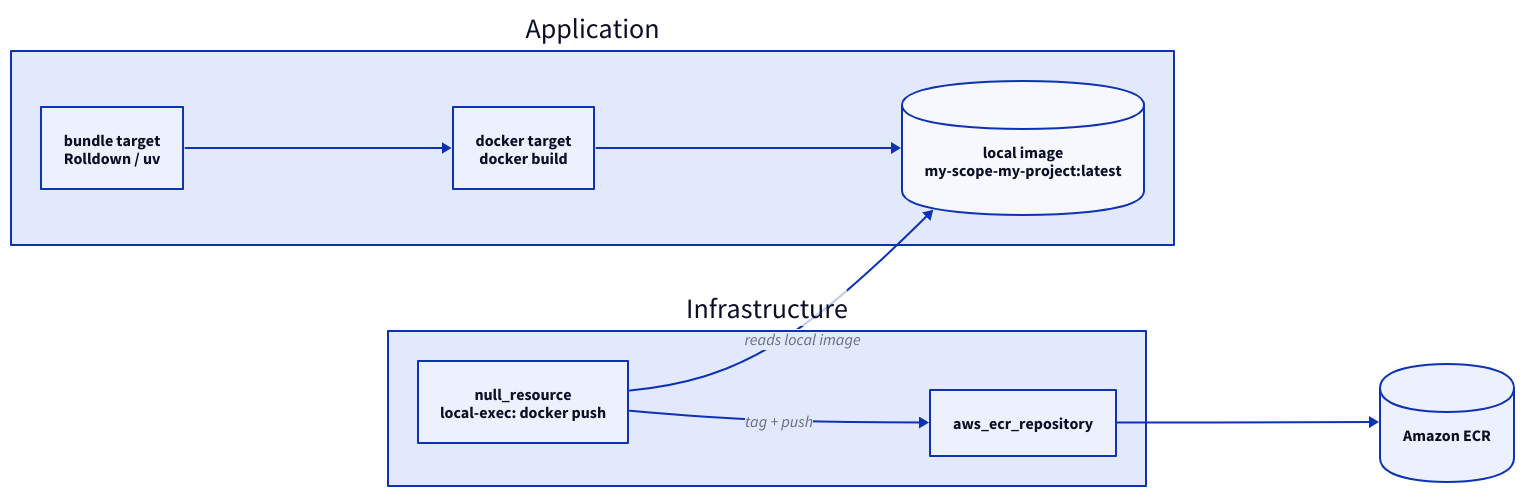
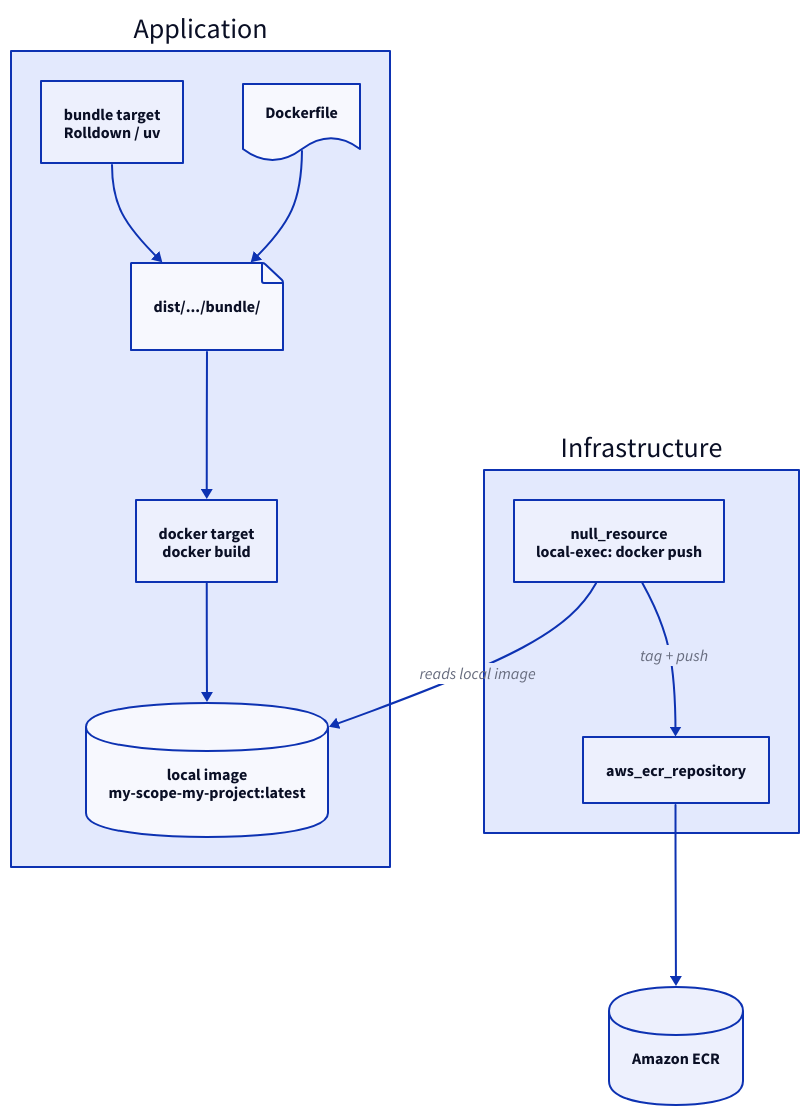
Before and after one commit to awslabs/nx-plugin-for-aws: the third of 3 diagrams in docs/src/content/docs/en/guides/docker-bundling.mdx, drawn with D2. The commit also changed other lines of this file, not shown here.

Commit message:
docs(docker-bundling): show Dockerfile + bundle feeding the dist context in both diagrams
- CDK diagram: add Dockerfile and bundle target both pointing at the
  dist build-context directory so the Application box matches "The
  Pattern".
- Terraform diagram: same Dockerfile + bundle -> dist row, followed by
  a docker build -> local image row, with the null_resource +
  aws_ecr_repository on a third row inside Infrastructure. Uses
  direction: down outside the containers so the three rows stack.

````diff
--- a/docs/src/content/docs/en/guides/docker-bundling.mdx
+++ b/docs/src/content/docs/en/guides/docker-bundling.mdx
@@ -316,25 +320,35 @@
 ```d2
-direction: right
+direction: down
 
 app: Application {
   bundle: "bundle target\nRolldown / uv"
+  dockerfile: Dockerfile {
+    shape: document
+  }
+  ctx: "dist/.../bundle/" {
+    shape: page
+  }
   build: "docker target\ndocker build"
   img: "local image\nmy-scope-my-project:latest" {
     shape: cylinder
   }
-  bundle -> build -> img
+
+  bundle -> ctx
+  dockerfile -> ctx
+  ctx -> build -> img
 }
 
 infra: Infrastructure {
+  direction: right
   publish: "null_resource\nlocal-exec: docker push"
   repo: aws_ecr_repository
   publish -> repo: tag + push
 }
 
 ecr: "Amazon ECR" {
   shape: cylinder
 }
 
 infra.publish -> app.img: reads local image
 infra.repo -> ecr
 ```
````
